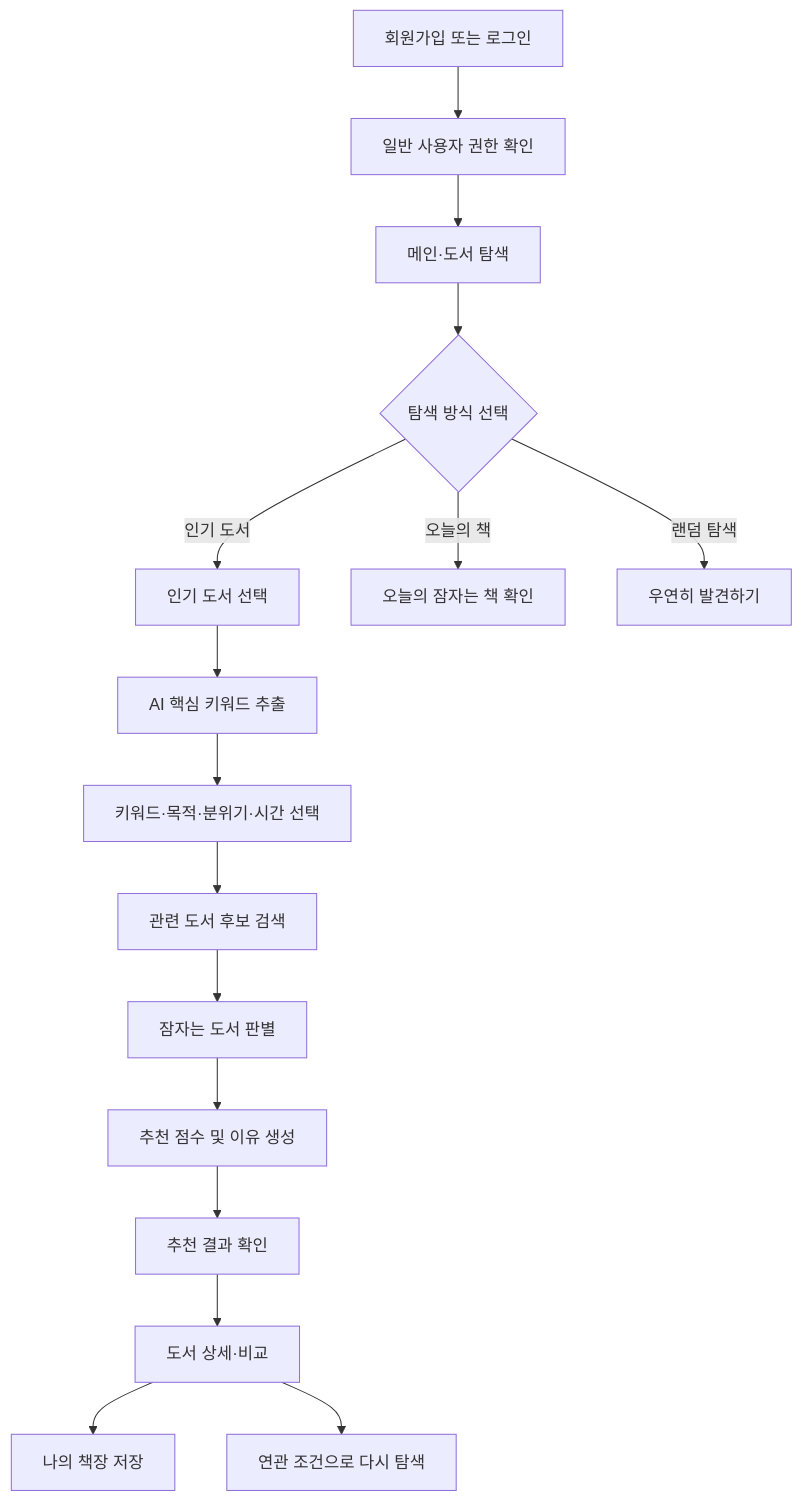
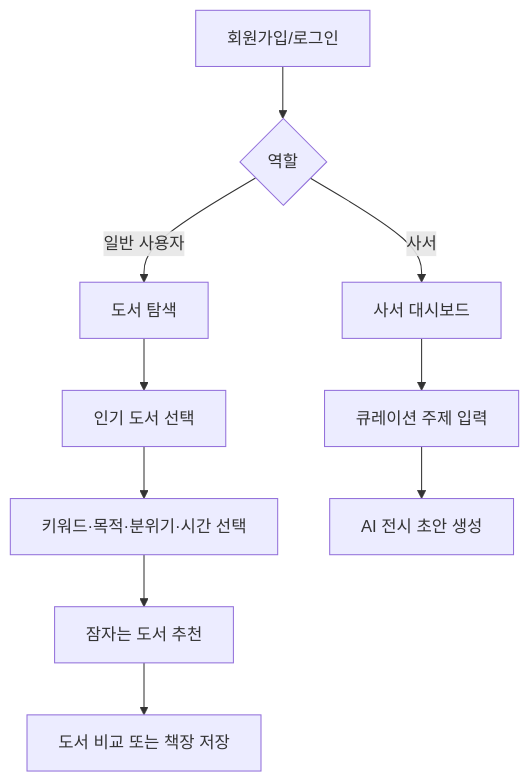
Before and after one commit to 2026-PNU-AI-StudyGroup/2026-pnuai-studygroup-03: the first of 2 diagrams in docs/README.md, drawn with Mermaid. The commit also changed other lines of this file and 14 other files, not shown here.

````diff
--- a/docs/README.md
+++ b/docs/README.md
@@ -165,18 +84,12 @@
 ```mermaid
 flowchart TD
-    A[회원가입 또는 로그인] --> B[일반 사용자 권한 확인]
-    B --> C[메인·도서 탐색]
-    C --> D{탐색 방식 선택}
-    D -->|인기 도서| E[인기 도서 선택]
-    D -->|오늘의 책| F[오늘의 잠자는 책 확인]
-    D -->|랜덤 탐색| G[우연히 발견하기]
-    E --> H[AI 핵심 키워드 추출]
-    H --> I[키워드·목적·분위기·시간 선택]
-    I --> J[관련 도서 후보 검색]
-    J --> K[잠자는 도서 판별]
-    K --> L[추천 점수 및 이유 생성]
-    L --> M[추천 결과 확인]
-    M --> N[도서 상세·비교]
-    N --> O[나의 책장 저장]
-    N --> P[연관 조건으로 다시 탐색]
+  A[회원가입/로그인] --> B{역할}
+  B -->|일반 사용자| C[도서 탐색]
+  B -->|사서| D[사서 대시보드]
+  C --> E[인기 도서 선택]
+  E --> F[키워드·목적·분위기·시간 선택]
+  F --> G[잠자는 도서 추천]
+  G --> H[도서 비교 또는 책장 저장]
+  D --> I[큐레이션 주제 입력]
+  I --> J[AI 전시 초안 생성]
 ```
````
